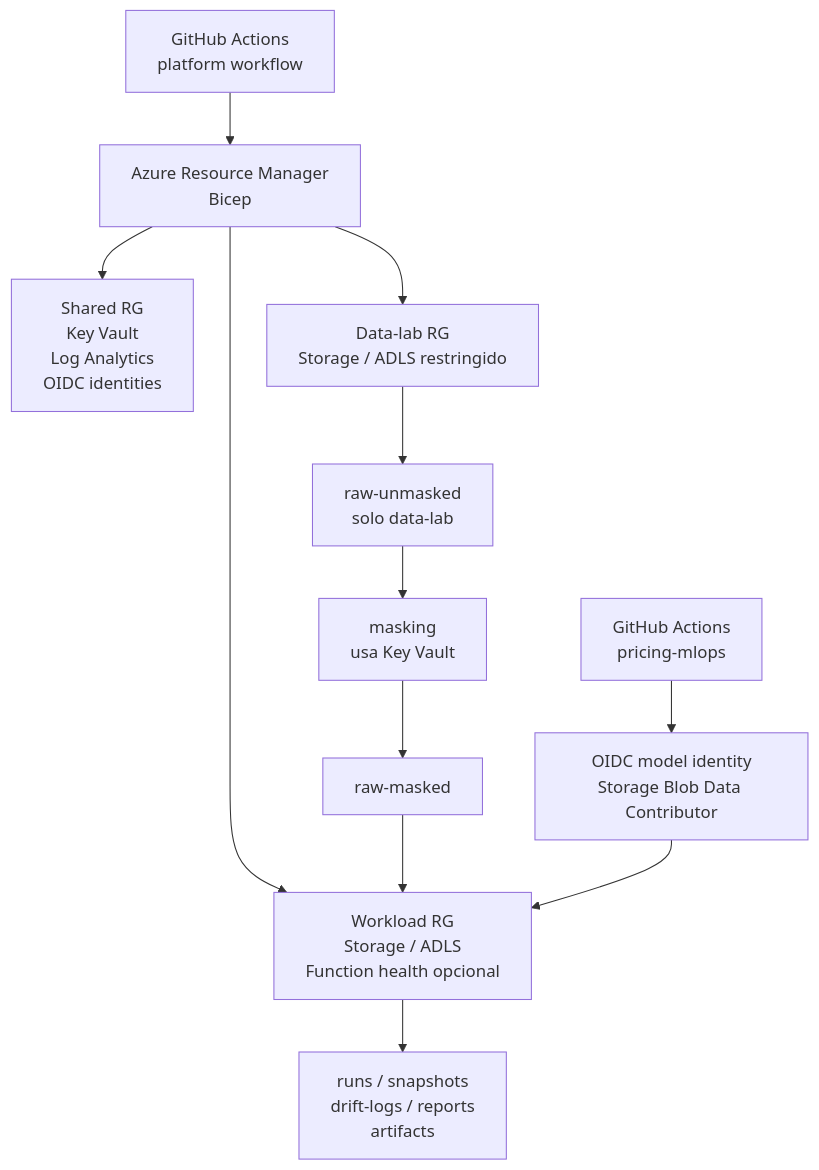
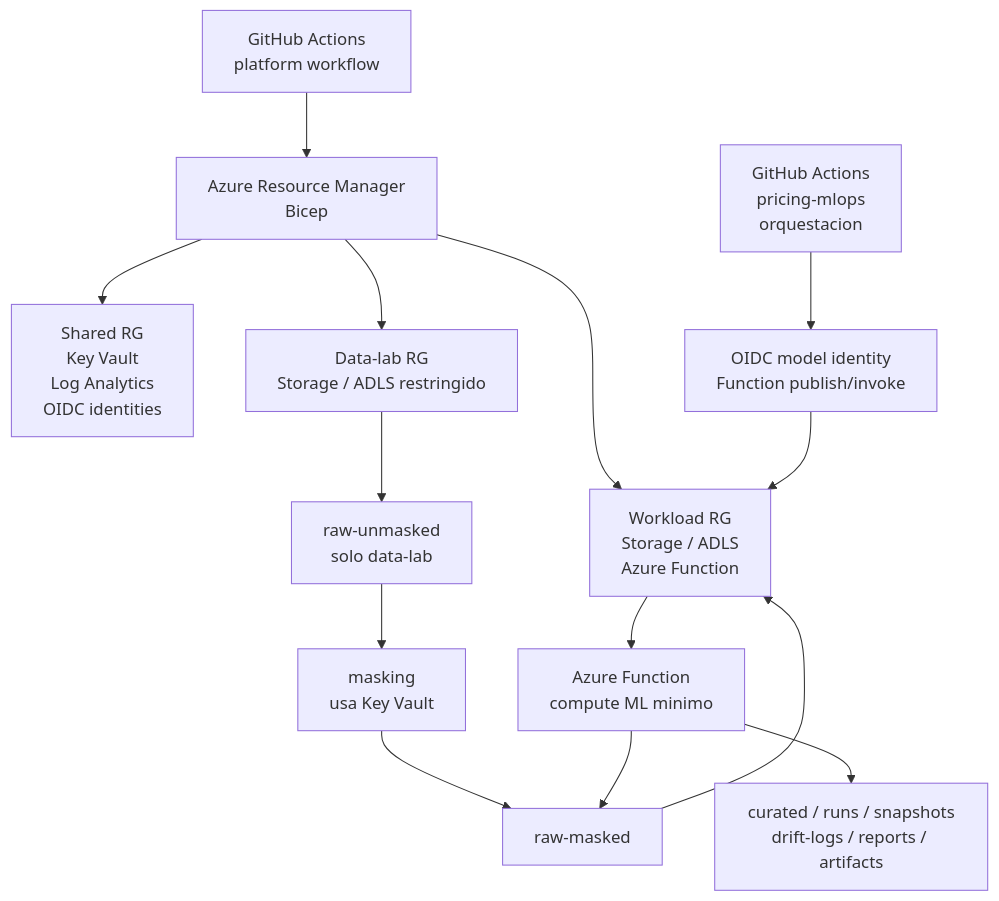
The diagram in README.md (tecmx-team46-pricing/pricing-mlops-platform), drawn with Mermaid before and after one commit. The commit also changed other lines of this file and 13 other files, not shown here.

Commit message:
Use Azure Functions for model flow compute

````diff
--- a/README.md
+++ b/README.md
@@ -17,16 +17,18 @@
 ```mermaid
 flowchart TD
   GHAPlatform["GitHub Actions<br/>platform workflow"] --> ARM["Azure Resource Manager<br/>Bicep"]
   ARM --> Shared["Shared RG<br/>Key Vault<br/>Log Analytics<br/>OIDC identities"]
-  ARM --> Workload["Workload RG<br/>Storage / ADLS<br/>Function health opcional"]
+  ARM --> Workload["Workload RG<br/>Storage / ADLS<br/>Azure Function"]
   ARM --> DataLab["Data-lab RG<br/>Storage / ADLS restringido"]
 
   DataLab --> RawUnmasked["raw-unmasked<br/>solo data-lab"]
   RawUnmasked --> Masking["masking<br/>usa Key Vault"]
   Masking --> RawMasked["raw-masked"]
   RawMasked --> Workload
 
-  GHAModel["GitHub Actions<br/>pricing-mlops"] --> ModelIdentity["OIDC model identity<br/>Storage Blob Data Contributor"]
+  GHAModel["GitHub Actions<br/>pricing-mlops<br/>orquestacion"] --> ModelIdentity["OIDC model identity<br/>Function publish/invoke"]
   ModelIdentity --> Workload
-  Workload --> Runs["runs / snapshots<br/>drift-logs / reports<br/>artifacts"]
+  Workload --> AzureFunction["Azure Function<br/>compute ML minimo"]
+  AzureFunction --> RawMasked
+  AzureFunction --> Runs["curated / runs / snapshots<br/>drift-logs / reports / artifacts"]
 ```
````
